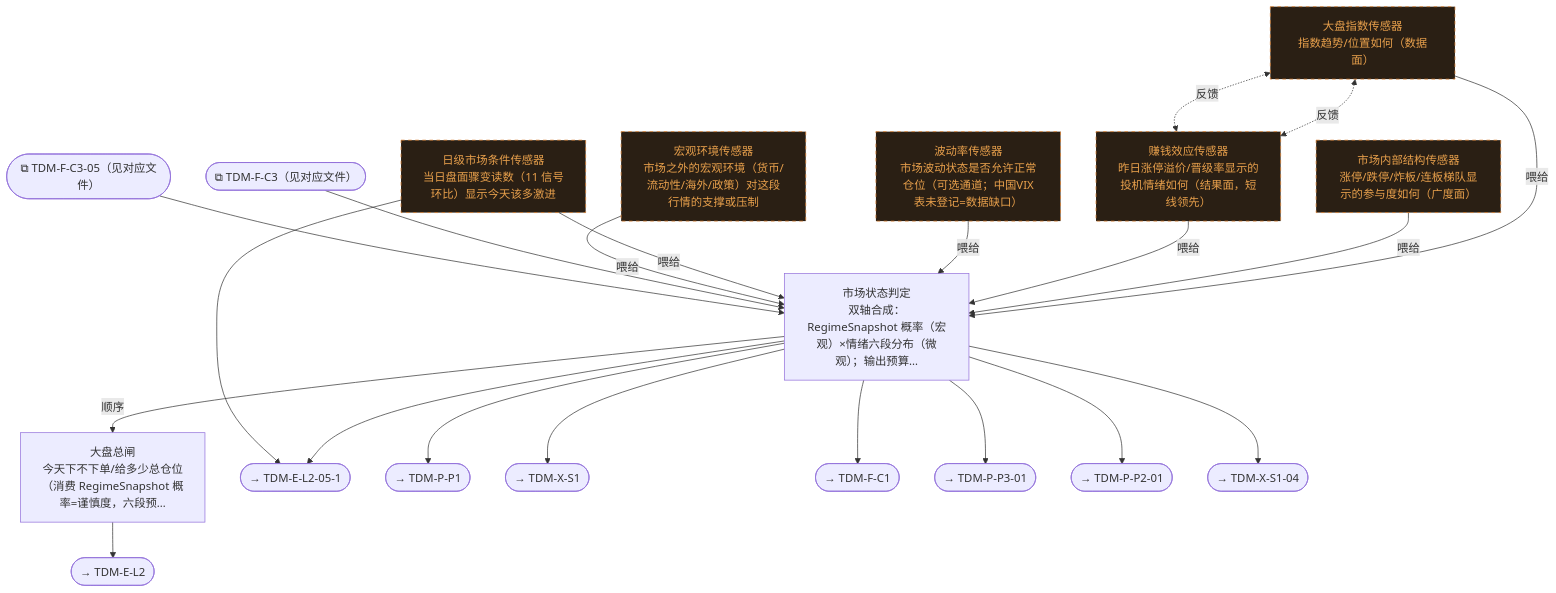
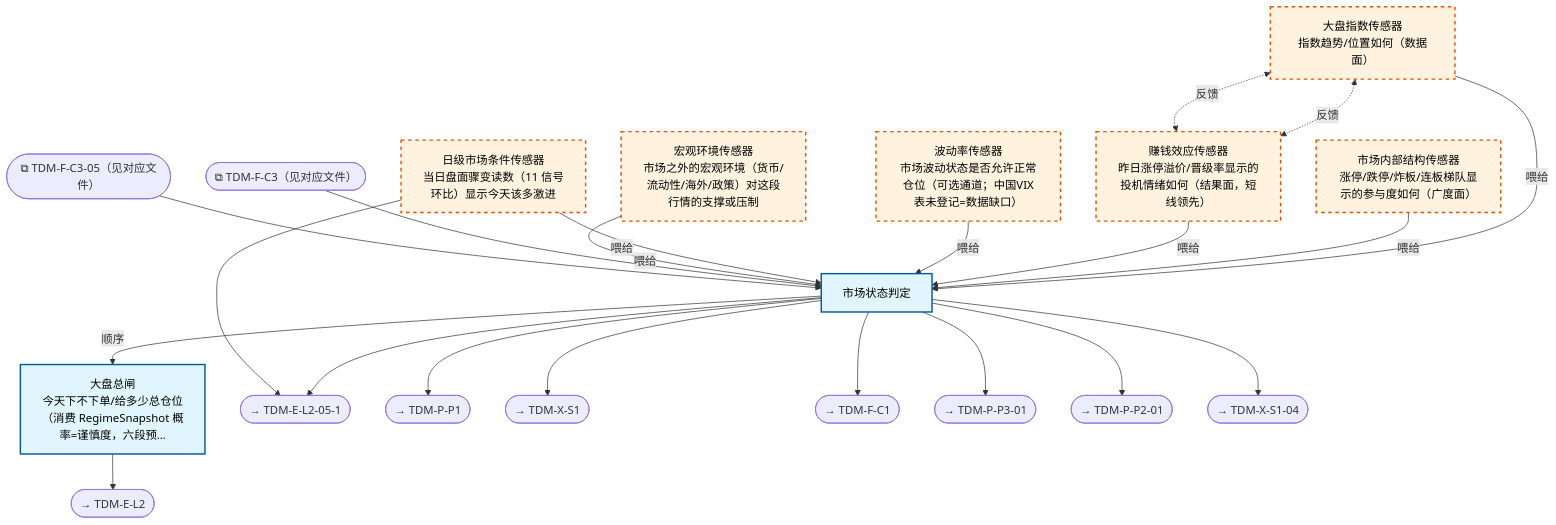
The diagram in docs/02_enterprise_architecture/10_trading_map/trading_map_01_e_l1_regime.md (xuanFelixVan/ZephyrAlpha), drawn with Mermaid before and after one commit. The commit also changed other lines of this file and 11 other files, not shown here.

````diff
--- a/docs/02_enterprise_architecture/10_trading_map/trading_map_01_e_l1_regime.md
+++ b/docs/02_enterprise_architecture/10_trading_map/trading_map_01_e_l1_regime.md
@@ -20,36 +20,38 @@
 ```mermaid
 flowchart TD
   TDM_E_L1["大盘总闸<br/>今天下不下单/给多少总仓位（消费 RegimeSnapshot 概率=谨慎度，六段预…"]
   TDM_E_L1_S1["大盘指数传感器<br/>指数趋势/位置如何（数据面）"]
   TDM_E_L1_S2["市场内部结构传感器<br/>涨停/跌停/炸板/连板梯队显示的参与度如何（广度面）"]
   TDM_E_L1_S3["赚钱效应传感器<br/>昨日涨停溢价/晋级率显示的投机情绪如何（结果面，短线领先）"]
   TDM_E_L1_S4["波动率传感器<br/>市场波动状态是否允许正常仓位（可选通道；中国VIX表未登记=数据缺口）"]
   TDM_E_L1_S0["宏观环境传感器<br/>市场之外的宏观环境（货币/流动性/海外/政策）对这段行情的支撑或压制"]
   TDM_E_L1_S5["日级市场条件传感器<br/>当日盘面骤变读数（11 信号环比）显示今天该多激进"]
-  TDM_E_L1_AGG["市场状态判定<br/>双轴合成：RegimeSnapshot 概率（宏观）×情绪六段分布（微观）；输出预算…"]
+  TDM_E_L1_AGG["市场状态判定<br/>"]
   EXT_TDM_F_C3(["⧉ TDM-F-C3（见对应文件）"])
   EXT_TDM_F_C3_05(["⧉ TDM-F-C3-05（见对应文件）"])
   TDM_E_L1_S1 -->|喂给| TDM_E_L1_AGG
   TDM_E_L1_S2 -->|喂给| TDM_E_L1_AGG
   TDM_E_L1_S3 -->|喂给| TDM_E_L1_AGG
   TDM_E_L1_S4 -->|喂给| TDM_E_L1_AGG
   TDM_E_L1_S1 <-.->|反馈| TDM_E_L1_S3
   TDM_E_L1_AGG -->|顺序| TDM_E_L1
   TDM_E_L1_AGG --> EXT_OUT_TDM_E_L2_05_1([→ TDM-E-L2-05-1])
   TDM_E_L1_S5 --> EXT_OUT_TDM_E_L2_05_1([→ TDM-E-L2-05-1])
   TDM_E_L1_S5 -->|喂给| TDM_E_L1_AGG
   TDM_E_L1_S0 -->|喂给| TDM_E_L1_AGG
   TDM_E_L1 --> EXT_OUT_TDM_E_L2([→ TDM-E-L2])
   TDM_E_L1_AGG --> EXT_OUT_TDM_P_P1([→ TDM-P-P1])
   TDM_E_L1_AGG --> EXT_OUT_TDM_X_S1([→ TDM-X-S1])
   TDM_E_L1_S3 <-.->|反馈| TDM_E_L1_S1
   TDM_E_L1_AGG --> EXT_OUT_TDM_F_C1([→ TDM-F-C1])
   EXT_TDM_F_C3 --> TDM_E_L1_AGG
   TDM_E_L1_AGG --> EXT_OUT_TDM_P_P3_01([→ TDM-P-P3-01])
   TDM_E_L1_AGG --> EXT_OUT_TDM_P_P2_01([→ TDM-P-P2-01])
   EXT_TDM_F_C3_05 --> TDM_E_L1_AGG
   TDM_E_L1_AGG --> EXT_OUT_TDM_X_S1_04([→ TDM-X-S1-04])
-  classDef red fill:#2a1f14,stroke:#d97b29,color:#e8a04c,stroke-dasharray: 5 5;
-  classDef paper fill:#14263a,stroke:#3d8bff,color:#9cc3ef;
-  class TDM_E_L1_S1,TDM_E_L1_S2,TDM_E_L1_S3,TDM_E_L1_S4,TDM_E_L1_S0,TDM_E_L1_S5 red;
+  classDef production fill:#e1f5fe,stroke:#01579b,stroke-width:2px,color:#000;
+  classDef design fill:#fff3e0,stroke:#e65100,stroke-width:2px,color:#000,stroke-dasharray: 5 5;
+  classDef paper fill:#e8f5e9,stroke:#2e7d32,stroke-width:2.5px,color:#000;
+  class TDM_E_L1,TDM_E_L1_AGG production;
+  class TDM_E_L1_S1,TDM_E_L1_S2,TDM_E_L1_S3,TDM_E_L1_S4,TDM_E_L1_S0,TDM_E_L1_S5 design;
 ```
````
